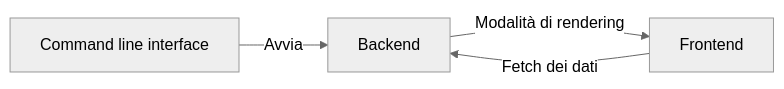
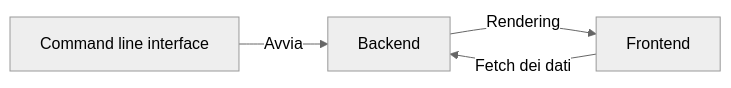
Before and after one commit to iacobucci/tesi-triennale: the second of 7 diagrams in 2-1-nuxt.md, drawn with Mermaid. The commit also changed other lines of this file and 6 other files, not shown here.

````diff
--- a/2-1-nuxt.md
+++ b/2-1-nuxt.md
@@ -76,11 +78,11 @@
 ```mermaid {height=1.2cm}
 %%{init: {'theme': 'neutral', 'mirrorActors': false} }%%
 flowchart LR
 
-cli -- Avvia --> server -- Modalità di rendering --> frontend
+cli -- Avvia --> server -- Rendering --> frontend
 frontend -- Fetch dei dati --> server
 
 cli[Command line interface]
 server[Backend]
 frontend[Frontend]
 ```
````
